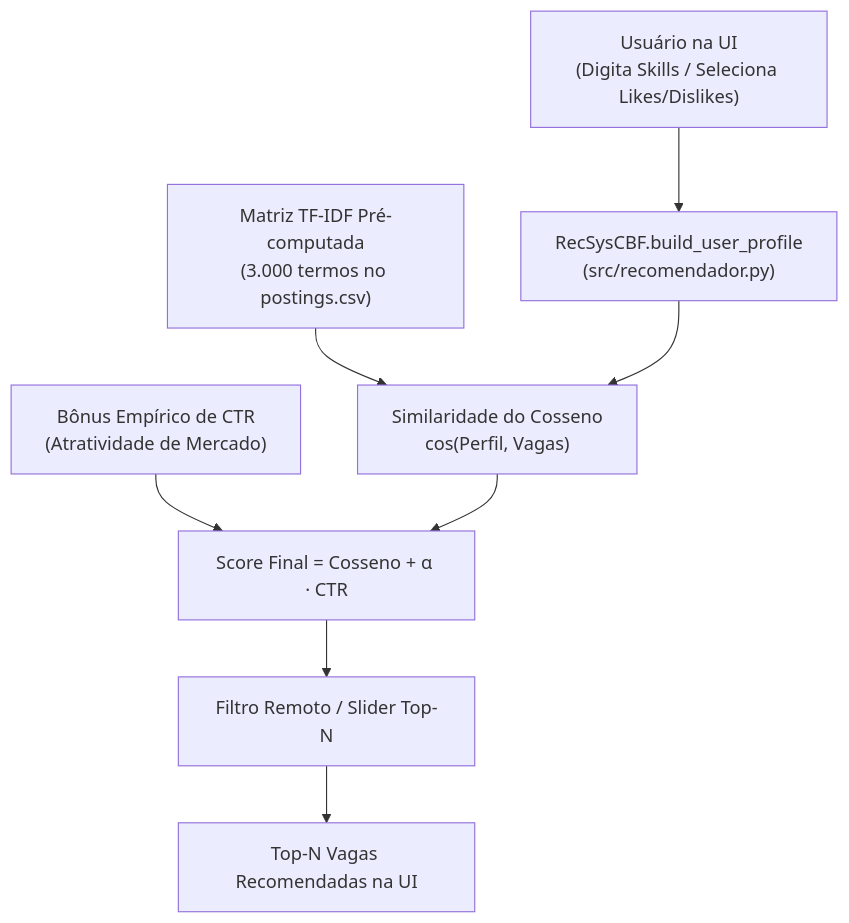
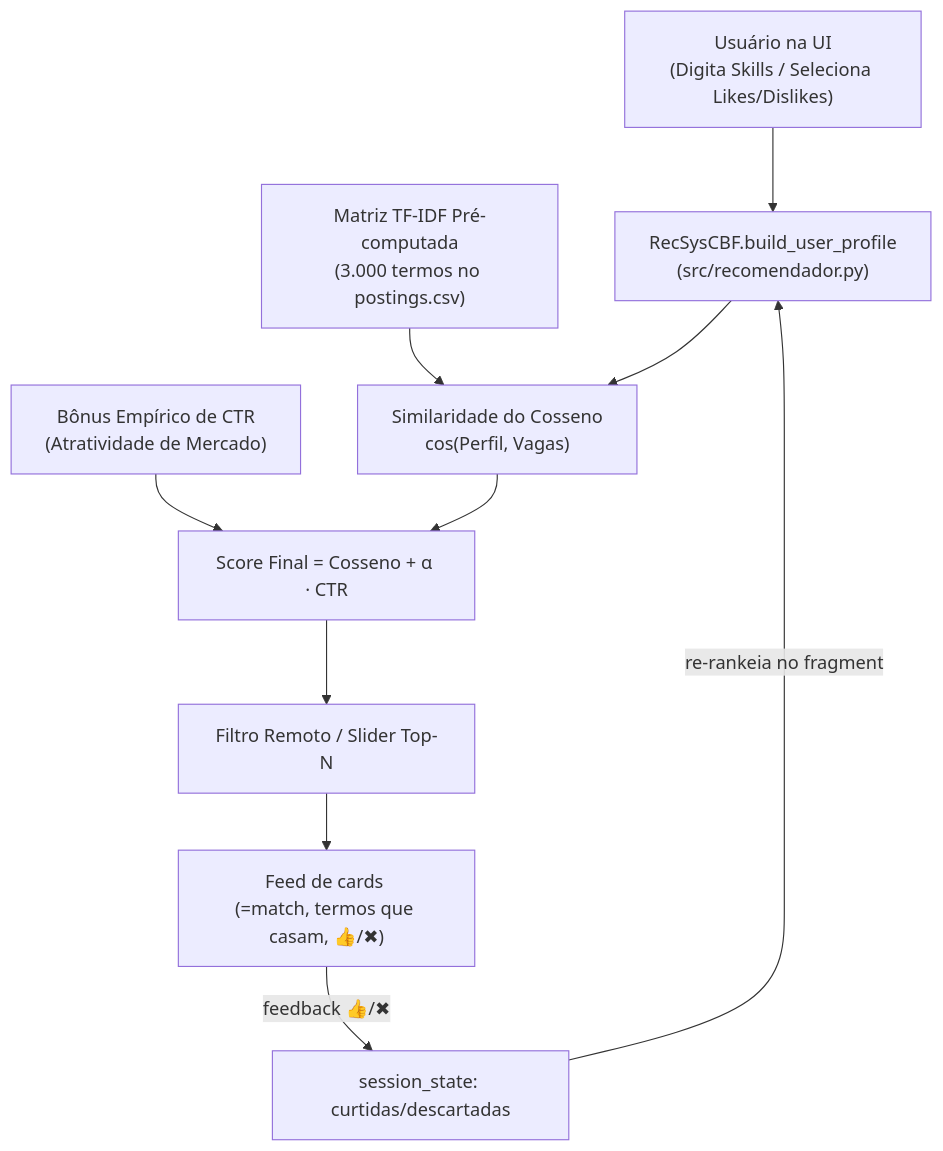
One commit to Matheus-Nardi/linkedin-RecSys changed the second of 5 diagrams in docs/arquitetura/fluxo_por_aba.md. Above: the diagram before and after it, drawn with Mermaid. The commit also changed other lines of this file and 3 other files, not shown here.

````diff
--- a/docs/arquitetura/fluxo_por_aba.md
+++ b/docs/arquitetura/fluxo_por_aba.md
@@ -73,10 +74,12 @@
   ```mermaid
   flowchart TD
       U["Usuário na UI\n(Digita Skills / Seleciona Likes/Dislikes)"] --> V["RecSysCBF.build_user_profile\n(src/recomendador.py)"]
       M["Matriz TF-IDF Pré-computada\n(3.000 termos no postings.csv)"] --> C["Similaridade do Cosseno\ncos(Perfil, Vagas)"]
       V --> C
       CTR["Bônus Empírico de CTR\n(Atratividade de Mercado)"] --> R["Score Final = Cosseno + α · CTR"]
       C --> R
       R --> T["Filtro Remoto / Slider Top-N"]
-      T --> O["Top-N Vagas Recomendadas na UI"]
+      T --> O["Feed de cards \n(=match, termos que casam, 👍/✖)"]
+      O -->|"feedback 👍/✖"| FS["session_state: curtidas/descartadas"]
+      FS -->|"re-rankeia no fragment"| V
   ```
````
